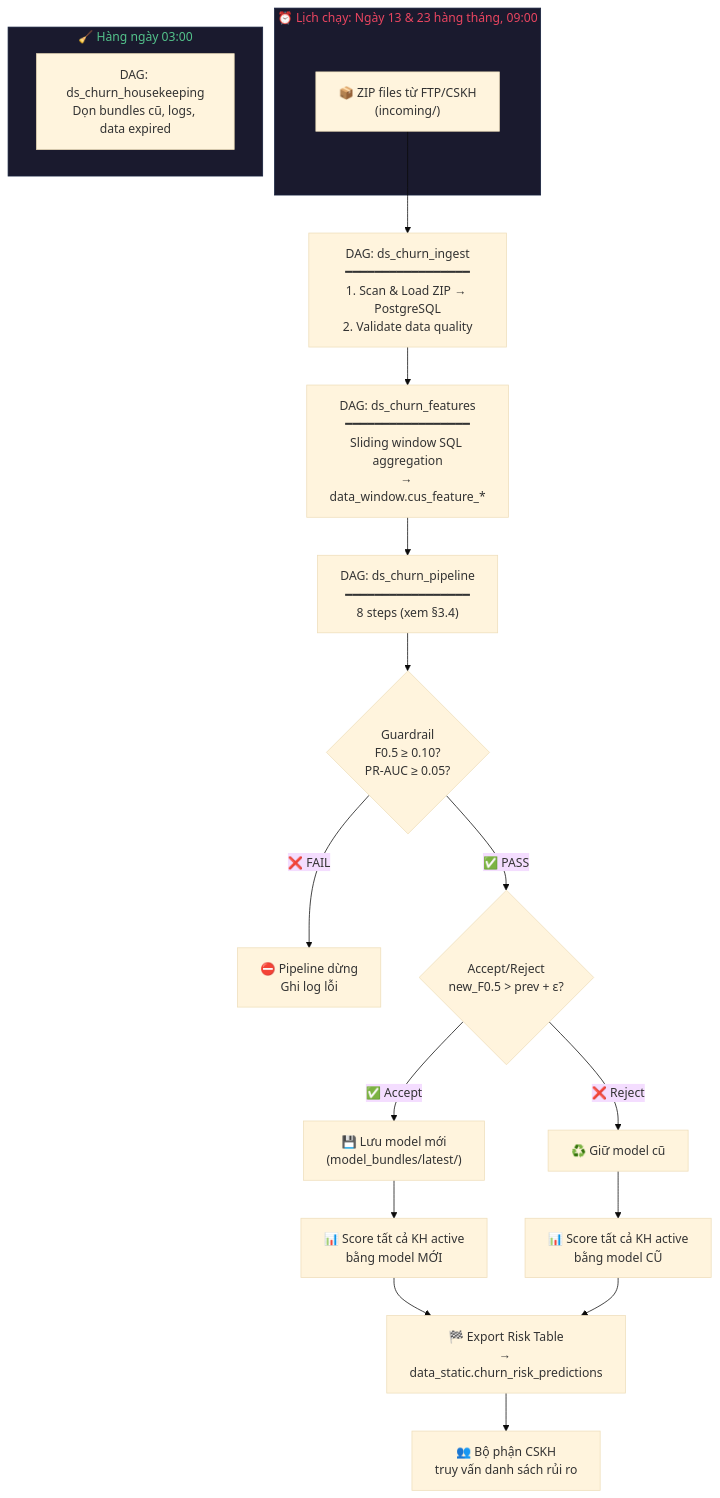
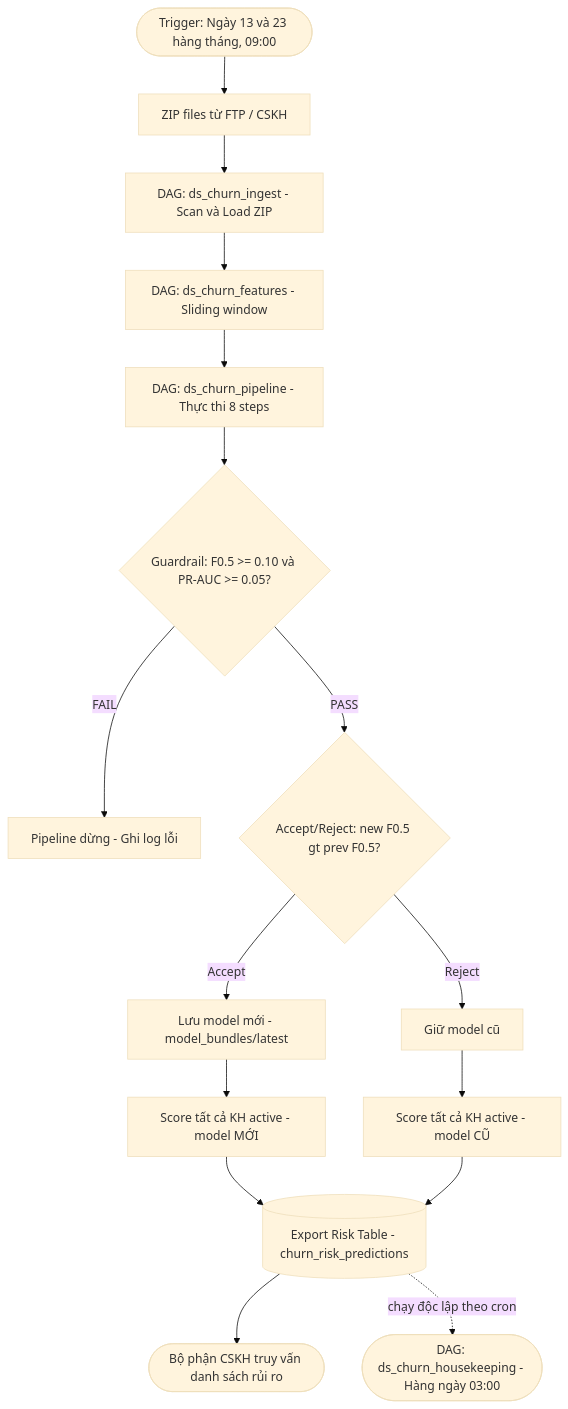
One commit to dangssss/Churn_Prediction_ver_2 changed the second of 2 diagrams in README.md. Above: the diagram before and after it, drawn with Mermaid (base theme). The commit also changed other lines of this file, not shown here.

First line of the commit message:
docs: fix mermaid render failures và bổ sung logic pipeline vào README

````diff
--- a/README.md
+++ b/README.md
@@ -220,34 +239,45 @@
 ```mermaid
 flowchart TD
-    subgraph TRIGGER["⏰ Lịch chạy: Ngày 13 & 23 hàng tháng, 09:00"]
-        A["📦 ZIP files từ FTP/CSKH<br>(incoming/)"]
-    end
+    Trigger(["Trigger: Ngày 13 và 23 hàng tháng, 09:00"])
 
-    A --> B["DAG: ds_churn_ingest<br>━━━━━━━━━━━━━━━━━<br>1. Scan & Load ZIP → PostgreSQL<br>2. Validate data quality"]
+    Files["ZIP files từ FTP / CSKH"]
+    Trigger --> Files
 
-    B --> C["DAG: ds_churn_features<br>━━━━━━━━━━━━━━━━━<br>Sliding window SQL aggregation<br>→ data_window.cus_feature_*"]
+    Ingest["DAG: ds_churn_ingest - Scan và Load ZIP"]
+    Files --> Ingest
 
-    C --> D["DAG: ds_churn_pipeline<br>━━━━━━━━━━━━━━━━━<br>8 steps (xem §3.4)"]
+    Features["DAG: ds_churn_features - Sliding window"]
+    Ingest --> Features
 
-    D --> E{"Guardrail<br>F0.5 ≥ 0.10?<br>PR-AUC ≥ 0.05?"}
-    E -->|❌ FAIL| F["⛔ Pipeline dừng<br>Ghi log lỗi"]
-    E -->|✅ PASS| G{"Accept/Reject<br>new_F0.5 > prev + ε?"}
+    Pipeline["DAG: ds_churn_pipeline - Thực thi 8 steps"]
+    Features --> Pipeline
 
-    G -->|✅ Accept| H["💾 Lưu model mới<br>(model_bundles/latest/)"]
-    G -->|❌ Reject| I["♻️ Giữ model cũ"]
+    Guardrail{"Guardrail: F0.5 >= 0.10 và PR-AUC >= 0.05?"}
+    Pipeline --> Guardrail
 
-    H --> J["📊 Score tất cả KH active<br>bằng model MỚI"]
-    I --> J2["📊 Score tất cả KH active<br>bằng model CŨ"]
+    Fail["Pipeline dừng - Ghi log lỗi"]
+    Guardrail -->|"FAIL"| Fail
 
-    J --> K["🏁 Export Risk Table<br>→ data_static.churn_risk_predictions"]
-    J2 --> K
+    AcceptReject{"Accept/Reject: new F0.5 gt prev F0.5?"}
+    Guardrail -->|"PASS"| AcceptReject
 
-    K --> L["👥 Bộ phận CSKH<br>truy vấn danh sách rủi ro"]
+    Save["Lưu model mới - model_bundles/latest"]
+    Keep["Giữ model cũ"]
+    AcceptReject -->|"Accept"| Save
+    AcceptReject -->|"Reject"| Keep
 
-    subgraph HOUSEKEEPING["🧹 Hàng ngày 03:00"]
-        M["DAG: ds_churn_housekeeping<br>Dọn bundles cũ, logs, data expired"]
-    end
+    ScoreNew["Score tất cả KH active - model MỚI"]
+    ScoreOld["Score tất cả KH active - model CŨ"]
+    Save --> ScoreNew
+    Keep --> ScoreOld
 
-    style TRIGGER fill:#1a1a2e,stroke:#16213e,color:#e94560
-    style HOUSEKEEPING fill:#1a1a2e,stroke:#16213e,color:#53c28b
+    Export[("Export Risk Table - churn_risk_predictions")]
+    ScoreNew --> Export
+    ScoreOld --> Export
+
+    CSKH(["Bộ phận CSKH truy vấn danh sách rủi ro"])
+    Export --> CSKH
+
+    Housekeeping(["DAG: ds_churn_housekeeping - Hàng ngày 03:00"])
+    Export -. "chạy độc lập theo cron" .-> Housekeeping
 ```
````
